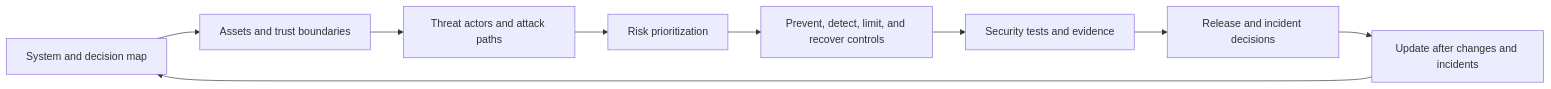
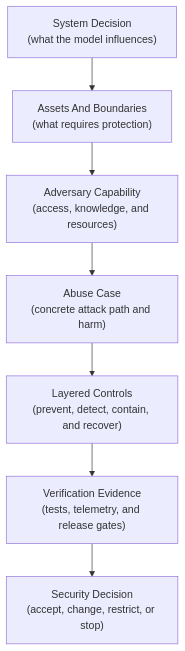
The first of 4 diagrams in roadmaps/mlops/modules/governance-and-responsible-ai/security/01-ml-threat-modeling.md (senlinyy/dev-roadmaps), drawn with Mermaid before and after one commit. The commit also changed other lines of this file and 152 other files, not shown here.

Commit message:
feat: mlops and diagrams updated

````diff
--- a/roadmaps/mlops/modules/governance-and-responsible-ai/security/01-ml-threat-modeling.md
+++ b/roadmaps/mlops/modules/governance-and-responsible-ai/security/01-ml-threat-modeling.md
@@ -42,11 +47,9 @@
 ```mermaid
-flowchart LR
-    S["System and decision map"] --> A["Assets and trust boundaries"]
-    A --> T["Threat actors and attack paths"]
-    T --> P["Risk prioritization"]
-    P --> C["Prevent, detect, limit, and recover controls"]
-    C --> V["Security tests and evidence"]
-    V --> R["Release and incident decisions"]
-    R --> U["Update after changes and incidents"]
-    U --> S
+flowchart TD
+    A["System Decision<br/>(what the model influences)"] --> B["Assets And Boundaries<br/>(what requires protection)"]
+    B --> C["Adversary Capability<br/>(access, knowledge, and resources)"]
+    C --> D["Abuse Case<br/>(concrete attack path and harm)"]
+    D --> E["Layered Controls<br/>(prevent, detect, contain, and recover)"]
+    E --> F["Verification Evidence<br/>(tests, telemetry, and release gates)"]
+    F --> G["Security Decision<br/>(accept, change, restrict, or stop)"]
 ```
````
